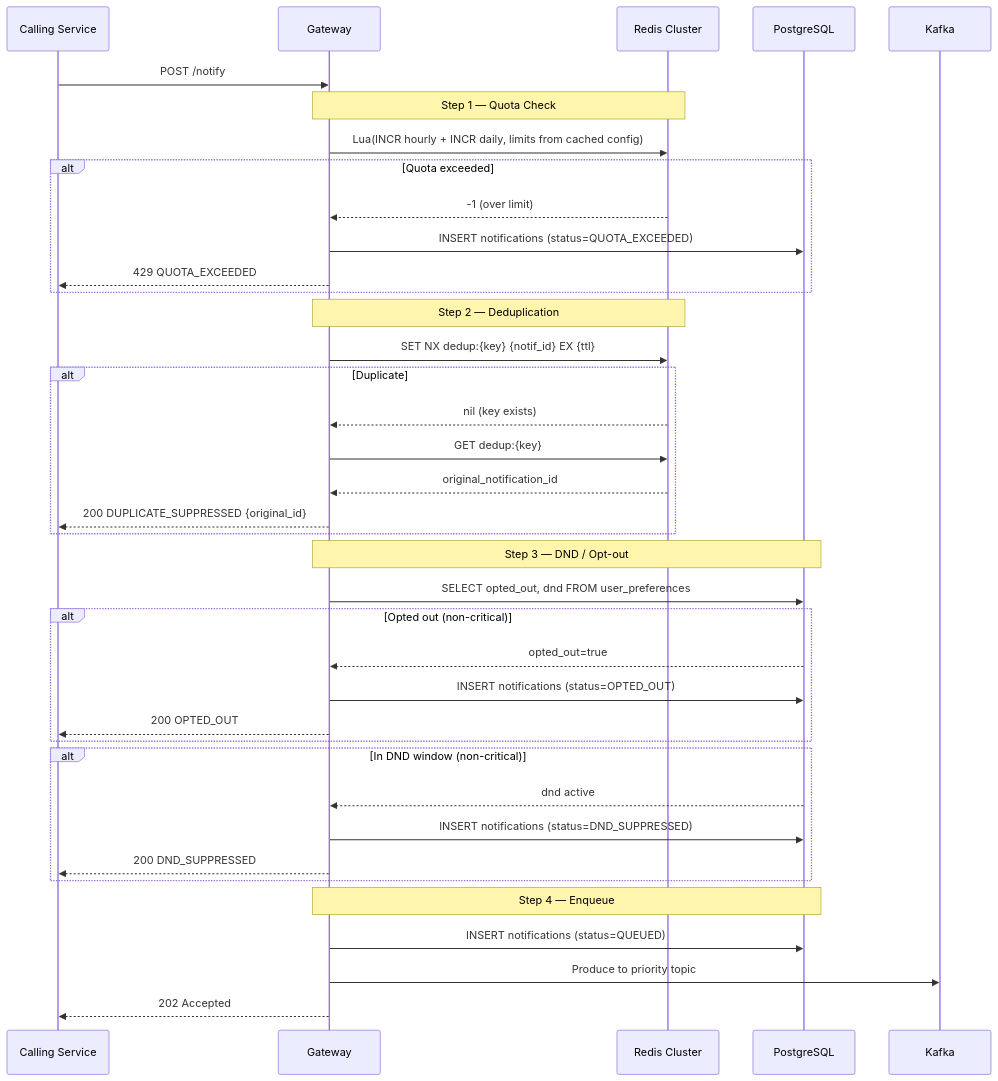
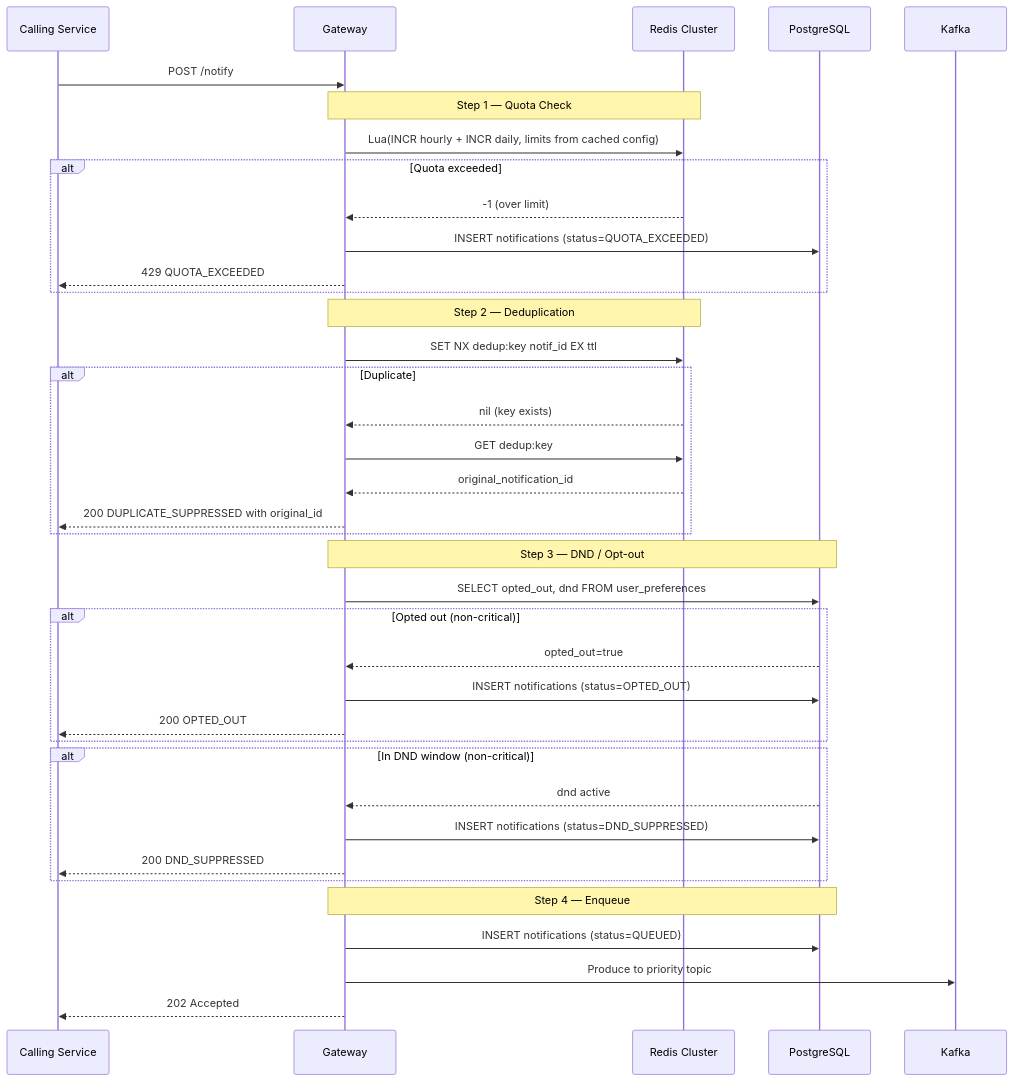
The third of 3 diagrams in notification-service/design/quota-and-dedup.md (bindian0509/system-design), drawn with Mermaid before and after one commit. The commit also changed other lines of this file and 9 other files, not shown here.

Commit message:
fixing mermaid

````diff
--- a/notification-service/design/quota-and-dedup.md
+++ b/notification-service/design/quota-and-dedup.md
@@ -140,44 +140,44 @@
 ```mermaid
 sequenceDiagram
     participant C as Calling Service
     participant GW as Gateway
     participant Redis as Redis Cluster
     participant PG as PostgreSQL
 
     C->>GW: POST /notify
 
     Note over GW,Redis: Step 1 — Quota Check
     GW->>Redis: Lua(INCR hourly + INCR daily, limits from cached config)
     alt Quota exceeded
         Redis-->>GW: -1 (over limit)
         GW->>PG: INSERT notifications (status=QUOTA_EXCEEDED)
         GW-->>C: 429 QUOTA_EXCEEDED
     end
 
     Note over GW,Redis: Step 2 — Deduplication
-    GW->>Redis: SET NX dedup:{key} {notif_id} EX {ttl}
+    GW->>Redis: SET NX dedup:key notif_id EX ttl
     alt Duplicate
         Redis-->>GW: nil (key exists)
-        GW->>Redis: GET dedup:{key}
+        GW->>Redis: GET dedup:key
         Redis-->>GW: original_notification_id
-        GW-->>C: 200 DUPLICATE_SUPPRESSED {original_id}
+        GW-->>C: 200 DUPLICATE_SUPPRESSED with original_id
     end
 
     Note over GW,PG: Step 3 — DND / Opt-out
     GW->>PG: SELECT opted_out, dnd FROM user_preferences
     alt Opted out (non-critical)
         PG-->>GW: opted_out=true
         GW->>PG: INSERT notifications (status=OPTED_OUT)
         GW-->>C: 200 OPTED_OUT
     end
     alt In DND window (non-critical)
         PG-->>GW: dnd active
         GW->>PG: INSERT notifications (status=DND_SUPPRESSED)
         GW-->>C: 200 DND_SUPPRESSED
     end
 
     Note over GW,PG: Step 4 — Enqueue
     GW->>PG: INSERT notifications (status=QUEUED)
     GW->>Kafka: Produce to priority topic
     GW-->>C: 202 Accepted
 ```
````
